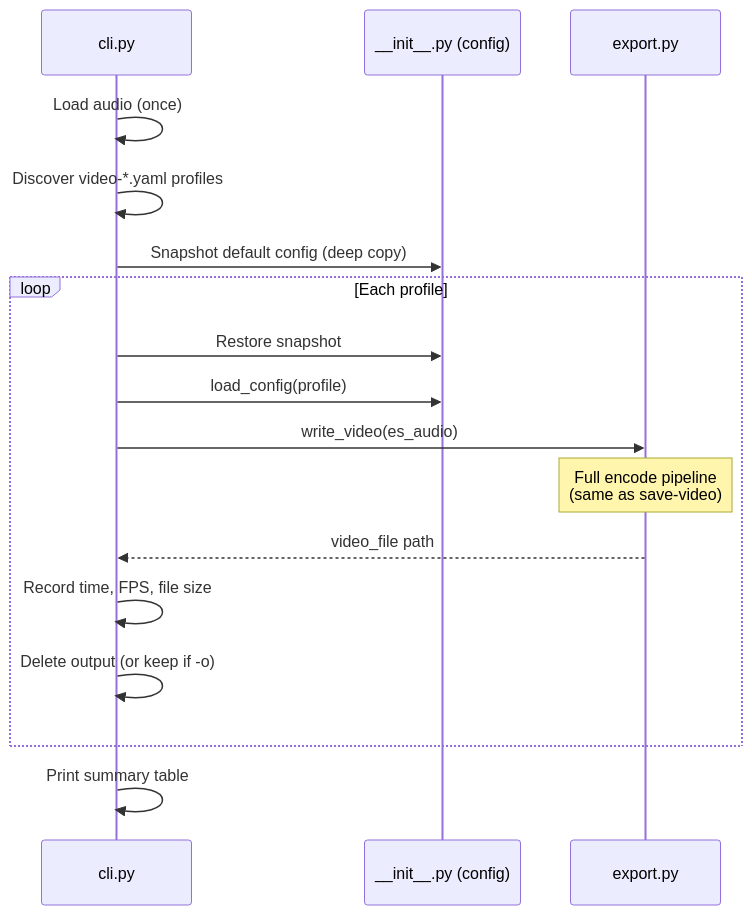
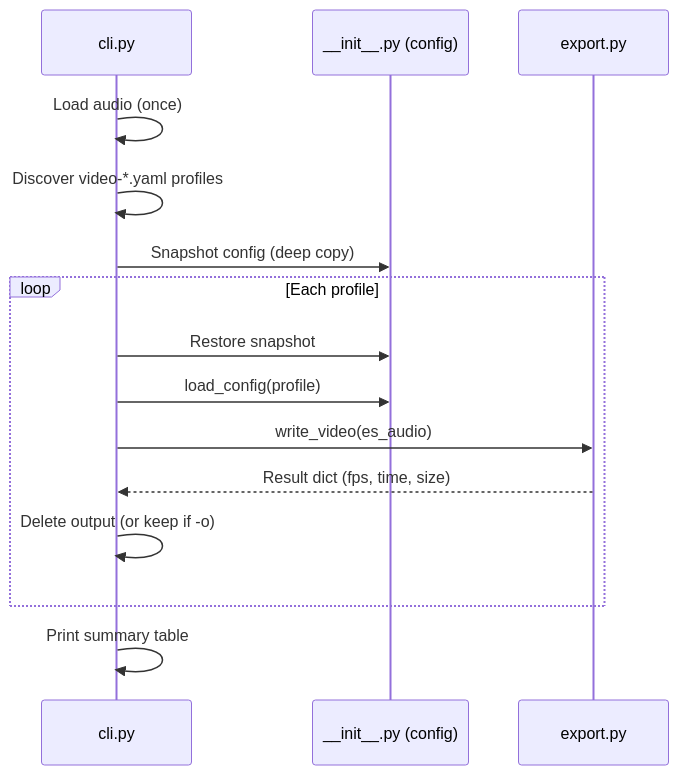
One commit to PsynApps/estimpy changed the fourth of 4 diagrams in docs/ARCHITECTURE.md. Above: the diagram before and after it, drawn with Mermaid. The commit also changed other lines of this file and 4 other files, not shown here.

````diff
--- a/docs/ARCHITECTURE.md
+++ b/docs/ARCHITECTURE.md
@@ -194,22 +227,20 @@
 ```mermaid
 sequenceDiagram
     participant CLI as cli.py
     participant Config as __init__.py (config)
     participant Export as export.py
 
     CLI->>CLI: Load audio (once)
     CLI->>CLI: Discover video-*.yaml profiles
-    CLI->>Config: Snapshot default config (deep copy)
+    CLI->>Config: Snapshot config (deep copy)
 
     loop Each profile
         CLI->>Config: Restore snapshot
         CLI->>Config: load_config(profile)
         CLI->>Export: write_video(es_audio)
-        Note over Export: Full encode pipeline<br/>(same as save-video)
-        Export-->>CLI: video_file path
-        CLI->>CLI: Record time, FPS, file size
+        Export-->>CLI: Result dict (fps, time, size)
         CLI->>CLI: Delete output (or keep if -o)
     end
 
     CLI->>CLI: Print summary table
 ```
````
